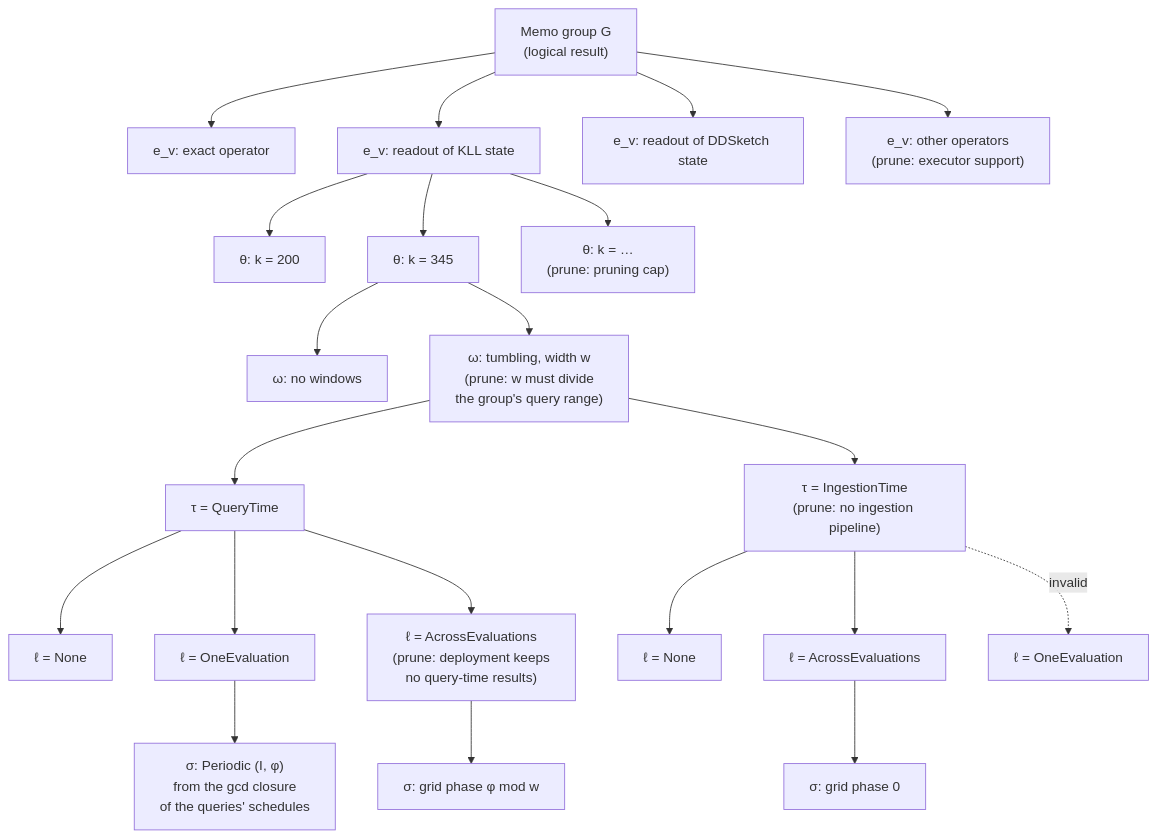
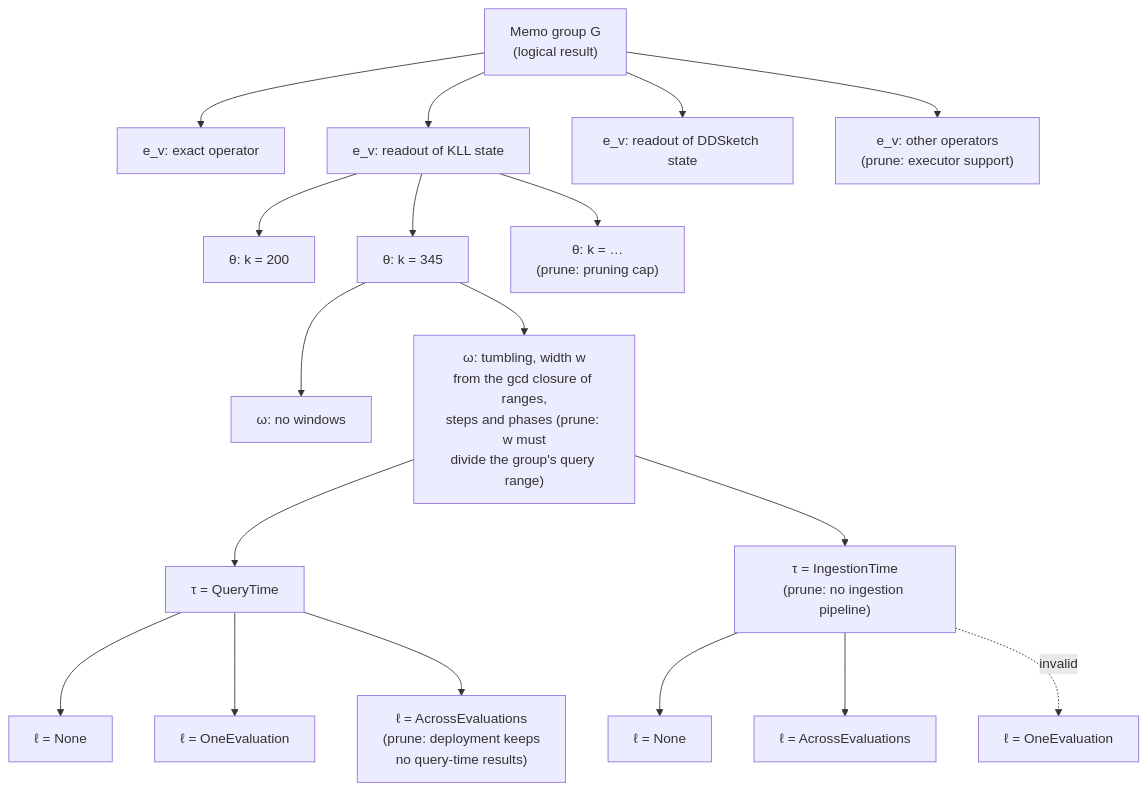
The diagram in docs/design_docs/concepts/memo-groups-properties-requirements.md (ProjectASAP/ASAPPlanner), drawn with Mermaid before and after one commit. The commit also changed other lines of this file, not shown here.

First line of the commit message:
docs(concepts): drop the physical schedule σ; p^phys = (τ, ℓ), grids anchored at phase 0

````diff
--- a/docs/design_docs/concepts/memo-groups-properties-requirements.md
+++ b/docs/design_docs/concepts/memo-groups-properties-requirements.md
@@ -157,28 +152,24 @@
 ```mermaid
 flowchart TD
     G["Memo group G<br/>(logical result)"] --> R1["e_v: exact operator"]
     G --> R2["e_v: readout of KLL state"]
     G --> R3["e_v: readout of DDSketch state"]
     G --> R4["e_v: other operators<br/>(prune: executor support)"]
 
     R2 --> T1["θ: k = 200"]
     R2 --> T2["θ: k = 345"]
     R2 --> T3["θ: k = …<br/>(prune: pruning cap)"]
 
     T2 --> W1["ω: no windows"]
-    T2 --> W2["ω: tumbling, width w<br/>(prune: w must divide<br/>the group's query range)"]
+    T2 --> W2["ω: tumbling, width w<br/>from the gcd closure of ranges,<br/>steps and phases (prune: w must<br/>divide the group's query range)"]
 
     W2 --> P1["τ = QueryTime"]
     W2 --> P2["τ = IngestionTime<br/>(prune: no ingestion pipeline)"]
 
     P1 --> L1["ℓ = None"]
     P1 --> L2["ℓ = OneEvaluation"]
     P1 --> L3["ℓ = AcrossEvaluations<br/>(prune: deployment keeps<br/>no query-time results)"]
     P2 --> L4["ℓ = None"]
     P2 --> L5["ℓ = AcrossEvaluations"]
     P2 -. invalid .-> L6["ℓ = OneEvaluation"]
-
-    L2 --> S1["σ: Periodic (I, φ)<br/>from the gcd closure<br/>of the queries' schedules"]
-    L3 --> S2["σ: grid phase φ mod w"]
-    L5 --> S3["σ: grid phase 0"]
 ```
````
